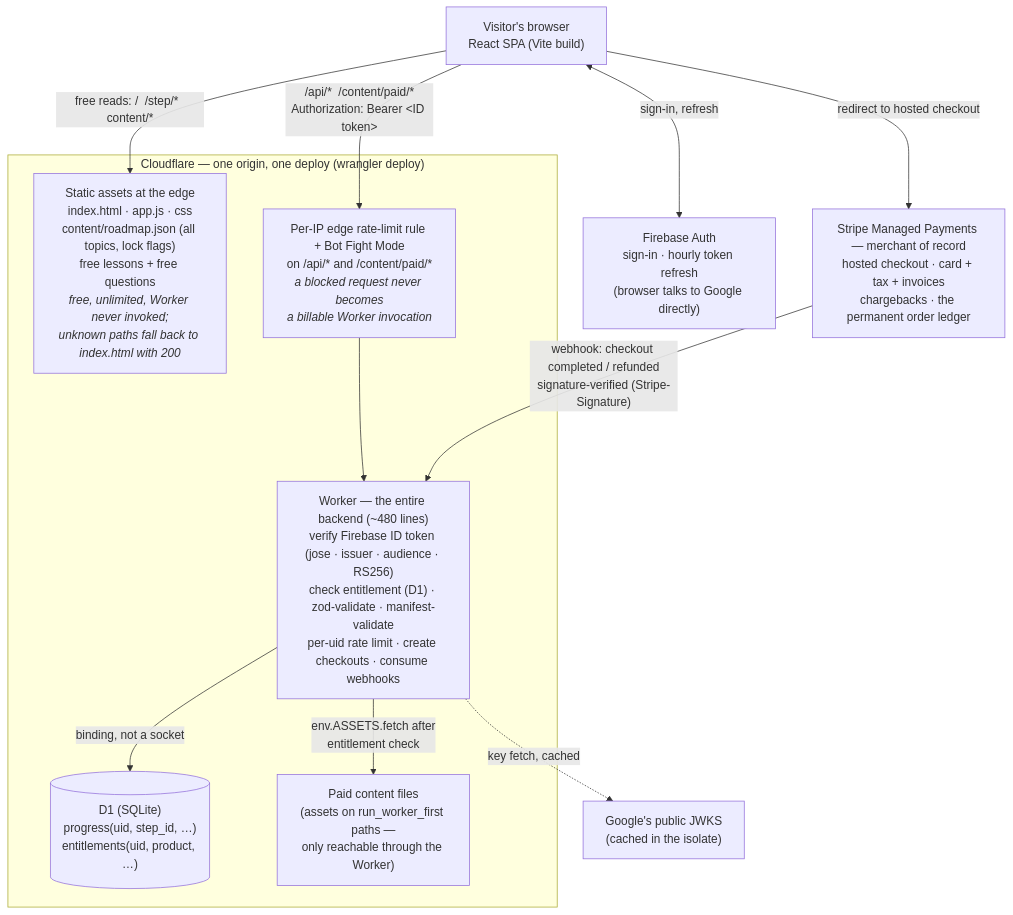
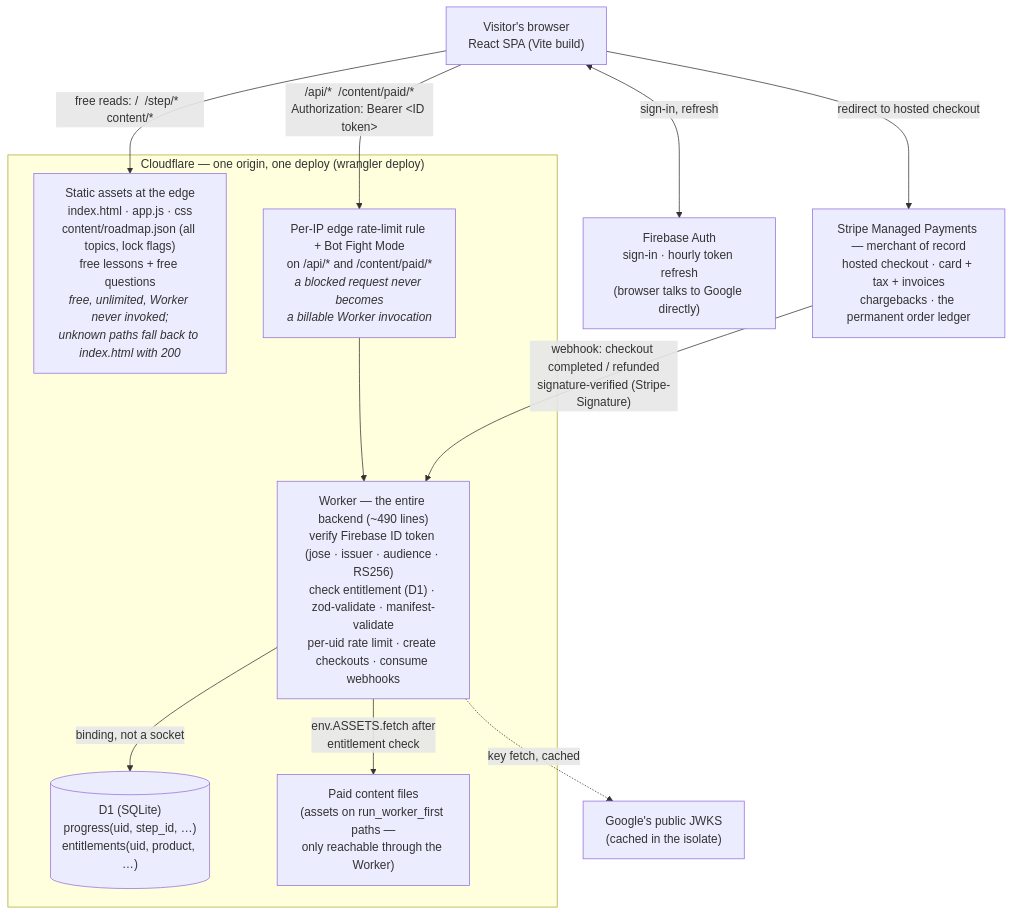
Before and after one commit to Wnayar/deepcs: the first of 2 diagrams in DESIGN.md, drawn with Mermaid. The commit also changed other lines of this file, not shown here.

````diff
--- a/DESIGN.md
+++ b/DESIGN.md
@@ -62,26 +62,26 @@
 ```mermaid
 flowchart TD
     V["Visitor's browser<br/>React SPA (Vite build)"]
 
     subgraph CF["Cloudflare — one origin, one deploy (wrangler deploy)"]
         EDGE["Static assets at the edge<br/>index.html · app.js · css<br/>content/roadmap.json (all topics, lock flags)<br/>free lessons + free questions<br/><i>free, unlimited, Worker never invoked;<br/>unknown paths fall back to index.html with 200</i>"]
         RL["Per-IP edge rate-limit rule + Bot Fight Mode<br/>on /api/* and /content/paid/*<br/><i>a blocked request never becomes<br/>a billable Worker invocation</i>"]
-        W["Worker — the entire backend (~480 lines)<br/>verify Firebase ID token (jose · issuer · audience · RS256)<br/>check entitlement (D1) · zod-validate · manifest-validate<br/>per-uid rate limit · create checkouts · consume webhooks"]
+        W["Worker — the entire backend (~490 lines)<br/>verify Firebase ID token (jose · issuer · audience · RS256)<br/>check entitlement (D1) · zod-validate · manifest-validate<br/>per-uid rate limit · create checkouts · consume webhooks"]
         D1[("D1 (SQLite)<br/>progress(uid, step_id, …)<br/>entitlements(uid, product, …)")]
         PAID["Paid content files<br/>(assets on run_worker_first paths —<br/>only reachable through the Worker)"]
     end
 
     FB["Firebase Auth<br/>sign-in · hourly token refresh<br/>(browser talks to Google directly)"]
     JWKS["Google's public JWKS<br/>(cached in the isolate)"]
     PAY["Stripe Managed Payments — merchant of record<br/>hosted checkout · card + tax + invoices<br/>chargebacks · the permanent order ledger"]
 
     V -->|"free reads: /  /step/*  content/*"| EDGE
     V -->|"/api/*  /content/paid/*<br/>Authorization: Bearer &lt;ID token&gt;"| RL
     RL --> W
     W -->|"binding, not a socket"| D1
     W -->|"env.ASSETS.fetch after<br/>entitlement check"| PAID
     V <-->|"sign-in, refresh"| FB
     W -.->|"key fetch, cached"| JWKS
     V -->|"redirect to hosted checkout"| PAY
     PAY -->|"webhook: checkout completed / refunded<br/>signature-verified (Stripe-Signature)"| W
 ```
````
